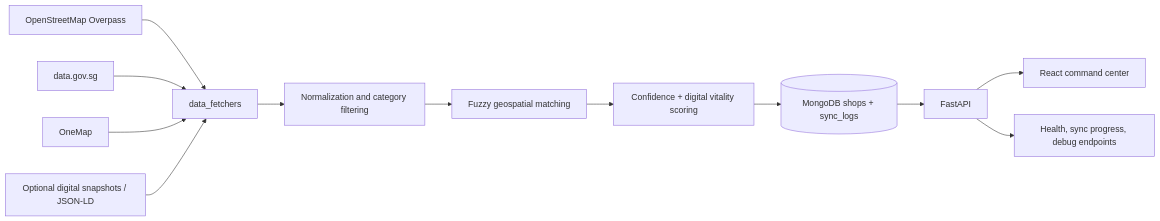
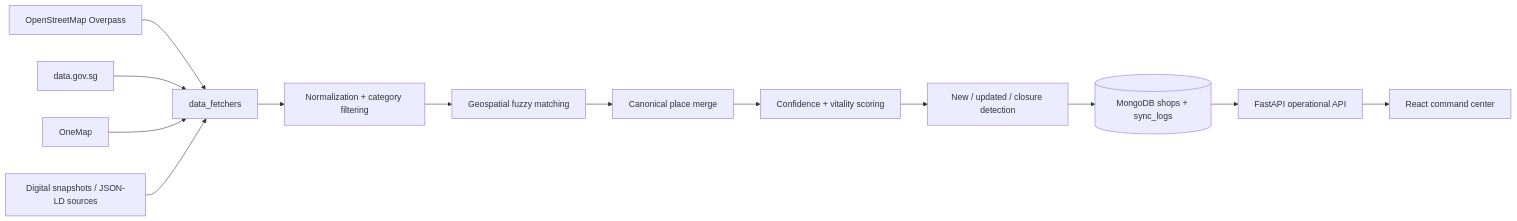
One commit to RohitChavan16/Geo_Analysis changed the first of 2 diagrams in README.md. Above: the diagram before and after it, drawn with Mermaid. The commit also changed other lines of this file and 16 other files, not shown here.

````diff
--- a/README.md
+++ b/README.md
@@ -74,14 +88,15 @@
 ```mermaid
 flowchart LR
     OSM[OpenStreetMap Overpass] --> Fetch[data_fetchers]
     DG[data.gov.sg] --> Fetch
     OM[OneMap] --> Fetch
-    DS[Optional digital snapshots / JSON-LD] --> Fetch
-    Fetch --> Normalize[Normalization and category filtering]
-    Normalize --> Match[Fuzzy geospatial matching]
-    Match --> Score[Confidence + digital vitality scoring]
-    Score --> Mongo[(MongoDB shops + sync_logs)]
-    Mongo --> API[FastAPI]
+    DS[Digital snapshots / JSON-LD sources] --> Fetch
+    Fetch --> Normalize[Normalization + category filtering]
+    Normalize --> Match[Geospatial fuzzy matching]
+    Match --> Merge[Canonical place merge]
+    Merge --> Score[Confidence + vitality scoring]
+    Score --> Sync[New / updated / closure detection]
+    Sync --> Mongo[(MongoDB shops + sync_logs)]
+    Mongo --> API[FastAPI operational API]
     API --> UI[React command center]
-    API --> Ops[Health, sync progress, debug endpoints]
 ```
````
